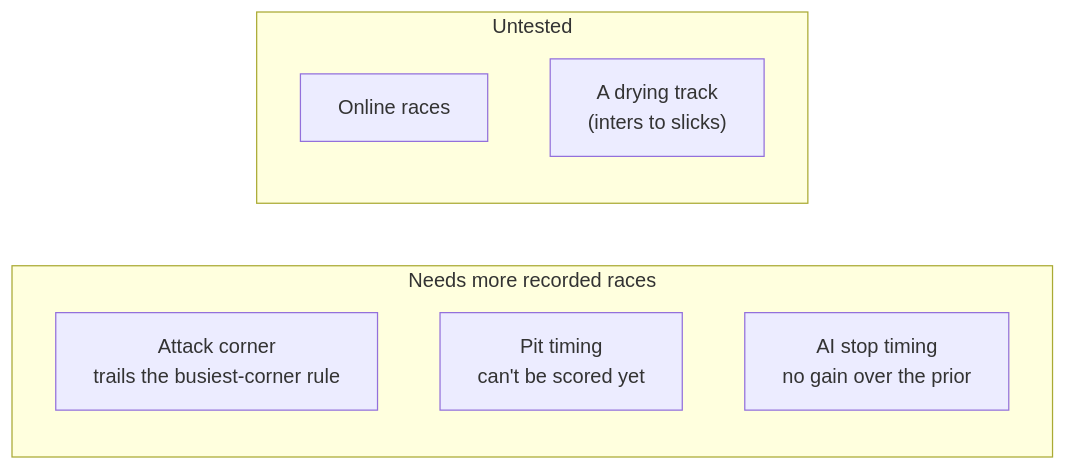
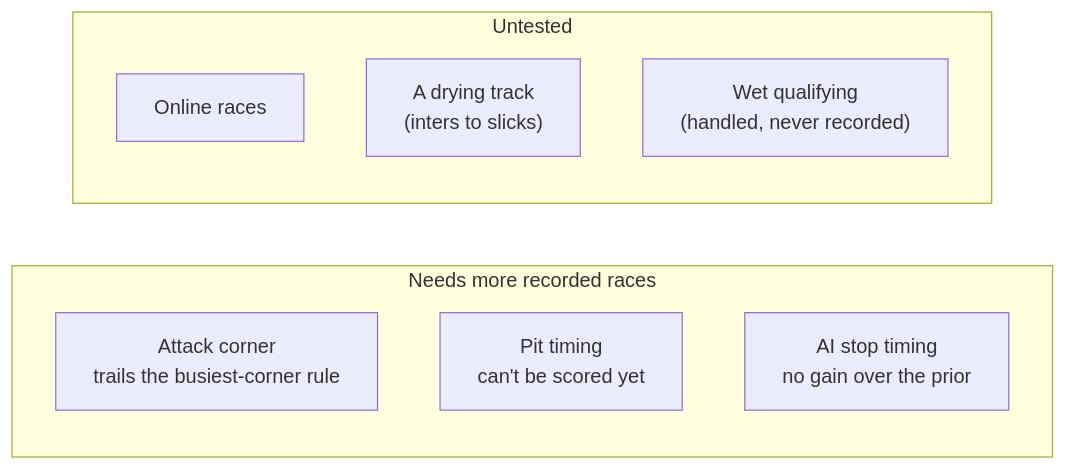
One commit to srikarnadella/f1-race-engineer changed the diagram in docs/status.md. Above: the diagram before and after it, drawn with Mermaid. The commit also changed 4 other files, not shown here.

First line of the commit message:
Wet qualifying: "lap gone" judged against your best on wet tyres

````diff
--- a/docs/status.md
+++ b/docs/status.md
@@ -18,12 +18,13 @@
 ```mermaid
 flowchart LR
     subgraph NEED["Needs more recorded races"]
         B["Attack corner<br/>trails the busiest-corner rule"]
         C["Pit timing<br/>can't be scored yet"]
         D["AI stop timing<br/>no gain over the prior"]
     end
     subgraph UNTESTED["Untested"]
         E["Online races"]
         F["A drying track<br/>(inters to slicks)"]
+        G["Wet qualifying<br/>(handled, never recorded)"]
     end
 ```
````
